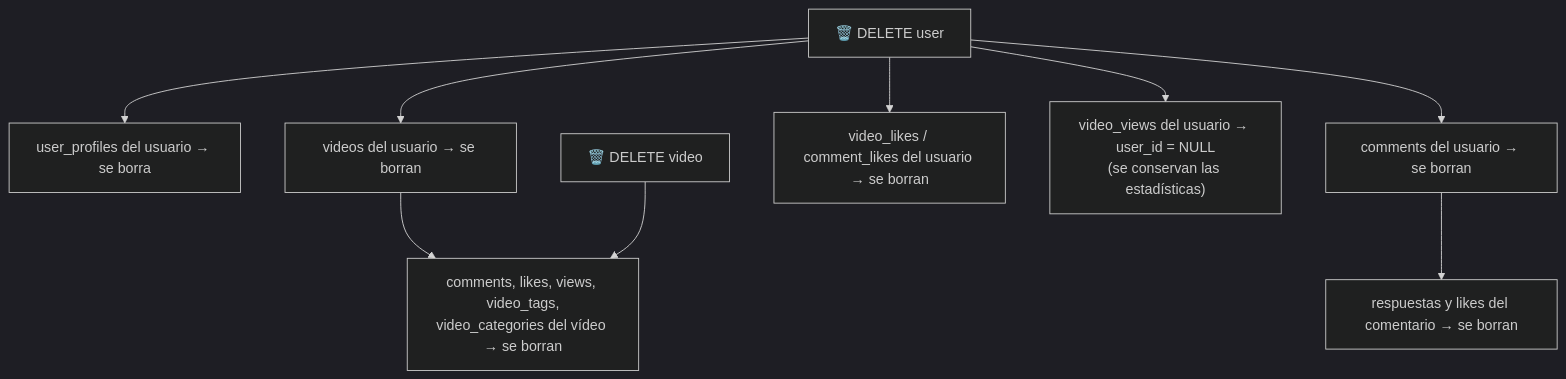
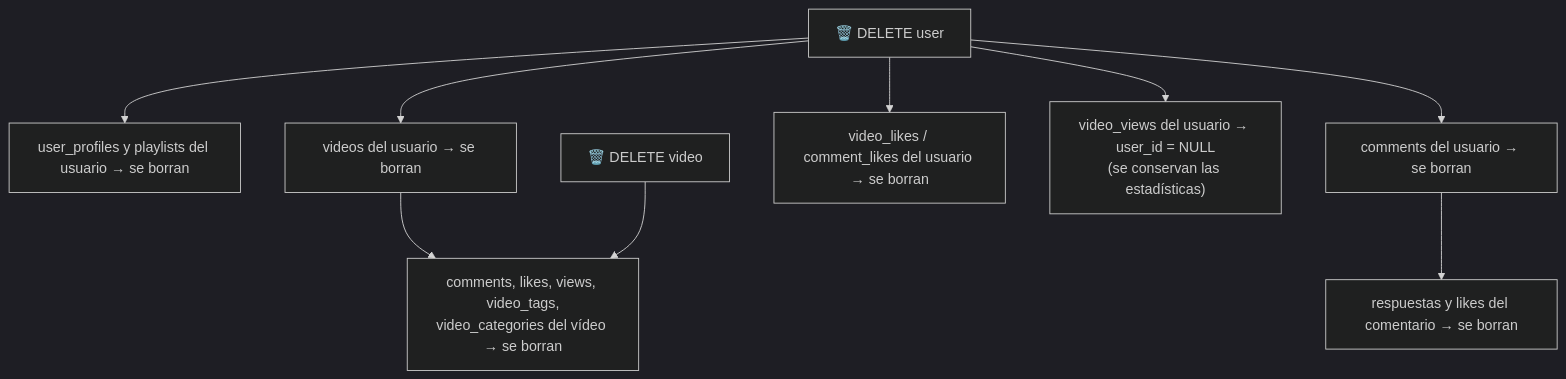
The eighth of 11 diagrams in docs/DATABASE.md (Criiiss/protube_labG2), drawn with Mermaid (dark theme) before and after one commit. The commit also changed other lines of this file and 38 other files, not shown here.

````diff
--- a/docs/DATABASE.md
+++ b/docs/DATABASE.md
@@ -422,11 +481,11 @@
 ```mermaid
 flowchart TD
-    U["🗑️ DELETE user"] --> P["user_profiles del usuario → se borra"]
+    U["🗑️ DELETE user"] --> P["user_profiles y playlists del usuario → se borran"]
     U --> V["videos del usuario → se borran"]
     U --> C["comments del usuario → se borran"]
     U --> L["video_likes / comment_likes del usuario → se borran"]
     U --> VV["video_views del usuario → user_id = NULL<br/>(se conservan las estadísticas)"]
     V --> V2["comments, likes, views, video_tags,<br/>video_categories del vídeo → se borran"]
     C --> C2["respuestas y likes del comentario → se borran"]
     T["🗑️ DELETE video"] --> V2
 ```
````
